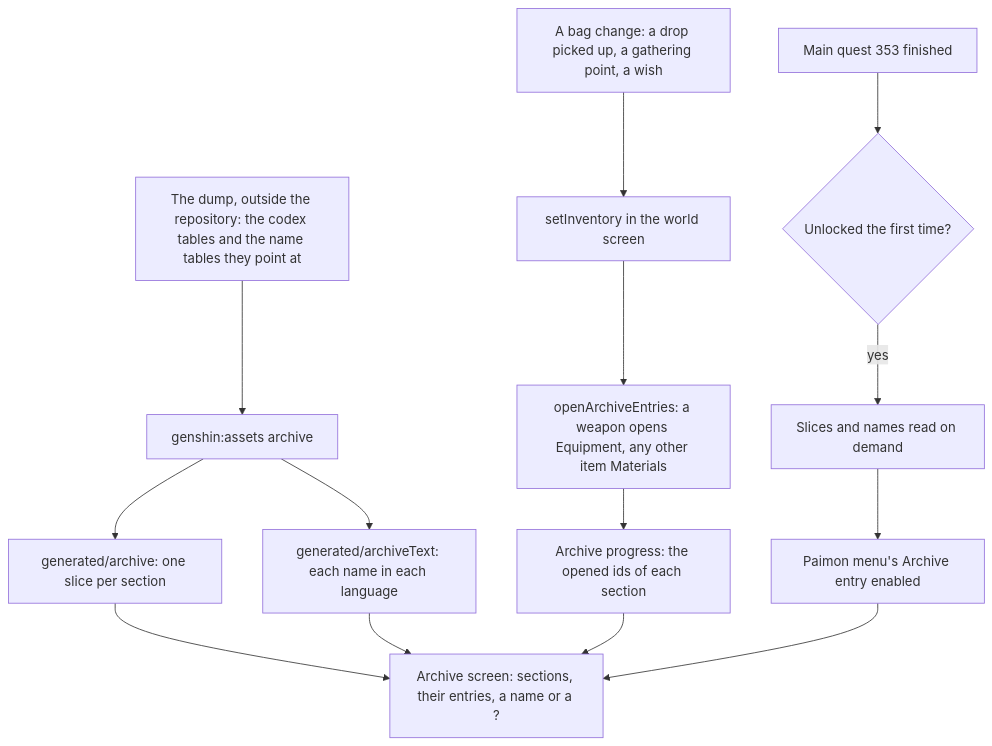
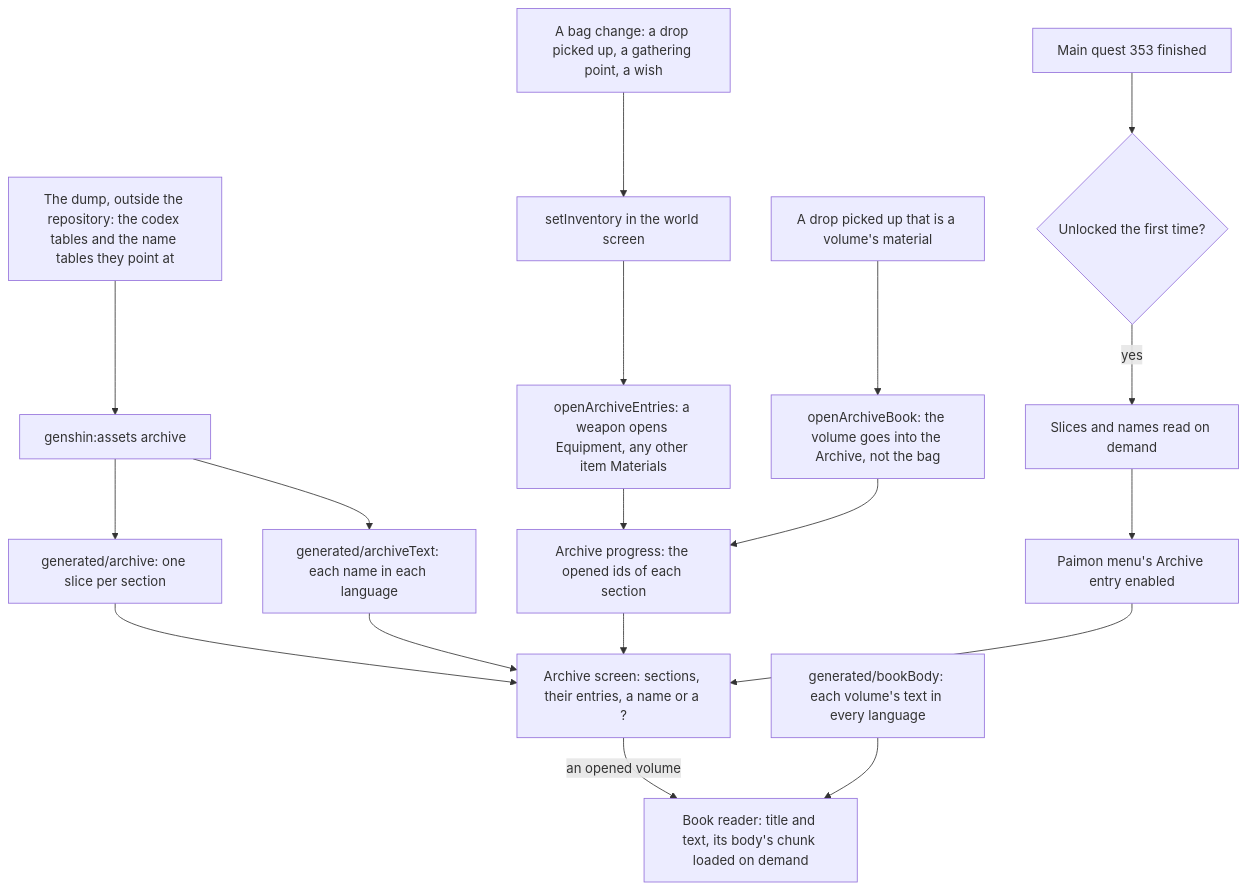
One commit to Esposter/Esposter changed the diagram in apps/web/content/docs/genshin/archive.md. Above: the diagram before and after it, drawn with Mermaid. The commit also changed other lines of this file and 4 other files, not shown here.

First line of the commit message:
docs(genshin): the archive's books are as built — a volume is picked up into the Archive and read in a reader from the Books tab; the proposal keeps the world placing the books

````diff
--- a/apps/web/content/docs/genshin/archive.md
+++ b/apps/web/content/docs/genshin/archive.md
@@ -12,16 +12,20 @@
 ```mermaid
 flowchart TD
   DUMP["The dump, outside the repository: the codex tables and the name tables they point at"] --> WRITE["genshin:assets archive"]
   WRITE --> SLICES["generated/archive: one slice per section"]
   WRITE --> WORDS["generated/archiveText: each name in each language"]
   BAG["A bag change: a drop picked up, a gathering point, a wish"] --> SET["setInventory in the world screen"]
   SET --> OPEN["openArchiveEntries: a weapon opens Equipment, any other item Materials"]
+  PICK["A drop picked up that is a volume's material"] --> BOOK["openArchiveBook: the volume goes into the Archive, not the bag"]
   OPEN --> PROGRESS["Archive progress: the opened ids of each section"]
+  BOOK --> PROGRESS
   SLICES --> SCREEN["Archive screen: sections, their entries, a name or a ?"]
   WORDS --> SCREEN
   PROGRESS --> SCREEN
+  SCREEN -->|"an opened volume"| READER["Book reader: title and text, its body's chunk loaded on demand"]
+  BODIES["generated/bookBody: each volume's text in every language"] --> READER
   DONE["Main quest 353 finished"] --> UNLOCK{"Unlocked the first time?"}
   UNLOCK -->|"yes"| LOAD["Slices and names read on demand"]
   LOAD --> MENU["Paimon menu's Archive entry enabled"]
   MENU --> SCREEN
 ```
````
